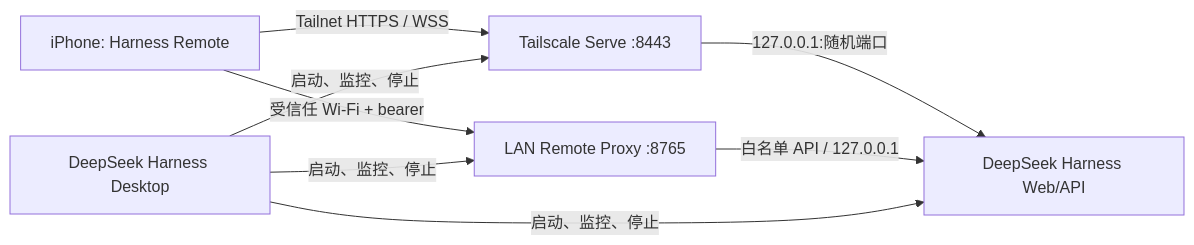
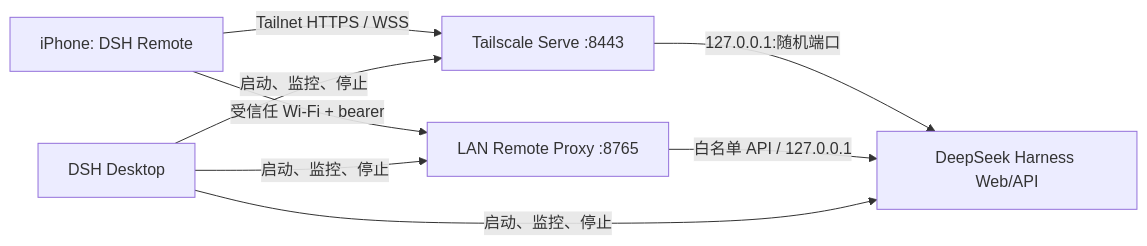
The diagram in docs/IOS_REMOTE_PLAN.zh-CN.md (chokwinlee/deepseek-harness-desktop), drawn with Mermaid before and after one commit. The commit also changed other lines of this file and 20 other files, not shown here.

Commit message:
feat: adapt iOS remote to Harness rc.8

````diff
--- a/docs/IOS_REMOTE_PLAN.zh-CN.md
+++ b/docs/IOS_REMOTE_PLAN.zh-CN.md
@@ -7,10 +7,10 @@
 ```mermaid
 flowchart LR
-    A["iPhone: Harness Remote"] -->|"Tailnet HTTPS / WSS"| B["Tailscale Serve :8443"]
+    A["iPhone: DSH Remote"] -->|"Tailnet HTTPS / WSS"| B["Tailscale Serve :8443"]
     B -->|"127.0.0.1:随机端口"| C["DeepSeek Harness Web/API"]
     A -->|"受信任 Wi-Fi + bearer"| E["LAN Remote Proxy :8765"]
     E -->|"白名单 API / 127.0.0.1"| C
-    D["DeepSeek Harness Desktop"] -->|"启动、监控、停止"| C
+    D["DSH Desktop"] -->|"启动、监控、停止"| C
     D -->|"启动、监控、停止"| B
     D -->|"启动、监控、停止"| E
 ```
````
